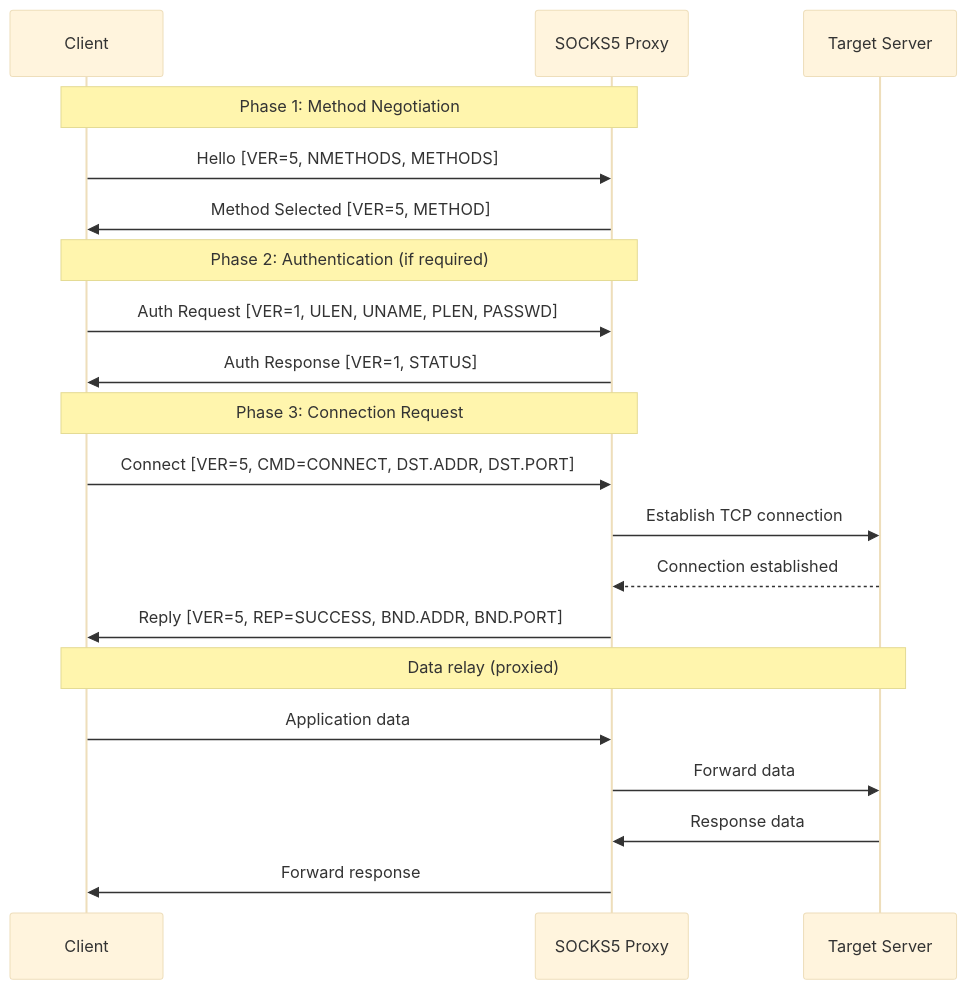
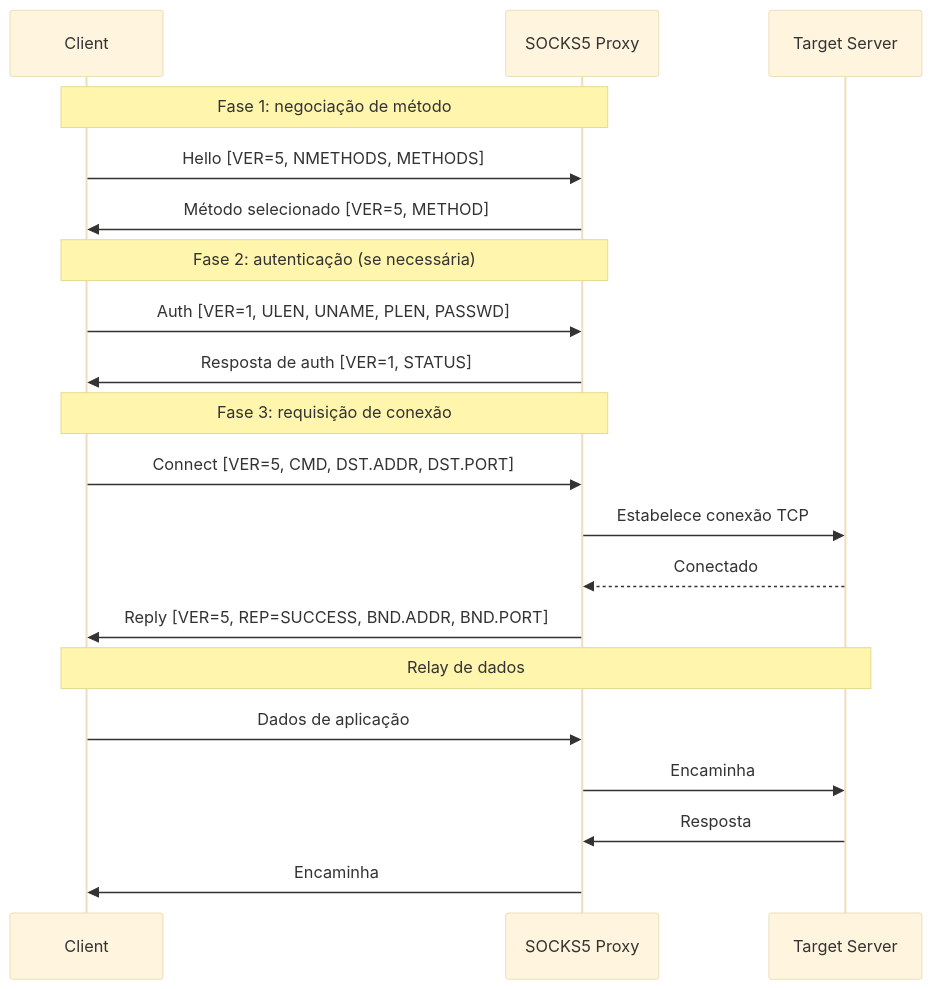
One commit to autoscrape-labs/pydoll changed the first of 2 diagrams in docs/pt/deep-dive/network/socks-proxies.md. Above: the diagram before and after it, drawn with Mermaid (base theme). The commit also changed other lines of this file and 241 other files, not shown here.

````diff
--- a/docs/pt/deep-dive/network/socks-proxies.md
+++ b/docs/pt/deep-dive/network/socks-proxies.md
@@ -48,26 +36,26 @@
 ```mermaid
 sequenceDiagram
     participant Client
     participant SOCKS5 as SOCKS5 Proxy
     participant Server as Target Server
 
-    Note over Client,SOCKS5: Phase 1: Method Negotiation
+    Note over Client,SOCKS5: Fase 1: negociação de método
     Client->>SOCKS5: Hello [VER=5, NMETHODS, METHODS]
-    SOCKS5->>Client: Method Selected [VER=5, METHOD]
+    SOCKS5->>Client: Método selecionado [VER=5, METHOD]
 
-    Note over Client,SOCKS5: Phase 2: Authentication (if required)
-    Client->>SOCKS5: Auth Request [VER=1, ULEN, UNAME, PLEN, PASSWD]
-    SOCKS5->>Client: Auth Response [VER=1, STATUS]
+    Note over Client,SOCKS5: Fase 2: autenticação (se necessária)
+    Client->>SOCKS5: Auth [VER=1, ULEN, UNAME, PLEN, PASSWD]
+    SOCKS5->>Client: Resposta de auth [VER=1, STATUS]
 
-    Note over Client,SOCKS5: Phase 3: Connection Request
-    Client->>SOCKS5: Connect [VER=5, CMD=CONNECT, DST.ADDR, DST.PORT]
-    SOCKS5->>Server: Establish TCP connection
-    Server-->>SOCKS5: Connection established
+    Note over Client,SOCKS5: Fase 3: requisição de conexão
+    Client->>SOCKS5: Connect [VER=5, CMD, DST.ADDR, DST.PORT]
+    SOCKS5->>Server: Estabelece conexão TCP
+    Server-->>SOCKS5: Conectado
     SOCKS5->>Client: Reply [VER=5, REP=SUCCESS, BND.ADDR, BND.PORT]
 
-    Note over Client,Server: Data relay (proxied)
-    Client->>SOCKS5: Application data
-    SOCKS5->>Server: Forward data
-    Server->>SOCKS5: Response data
-    SOCKS5->>Client: Forward response
+    Note over Client,Server: Relay de dados
+    Client->>SOCKS5: Dados de aplicação
+    SOCKS5->>Server: Encaminha
+    Server->>SOCKS5: Resposta
+    SOCKS5->>Client: Encaminha
 ```
````
